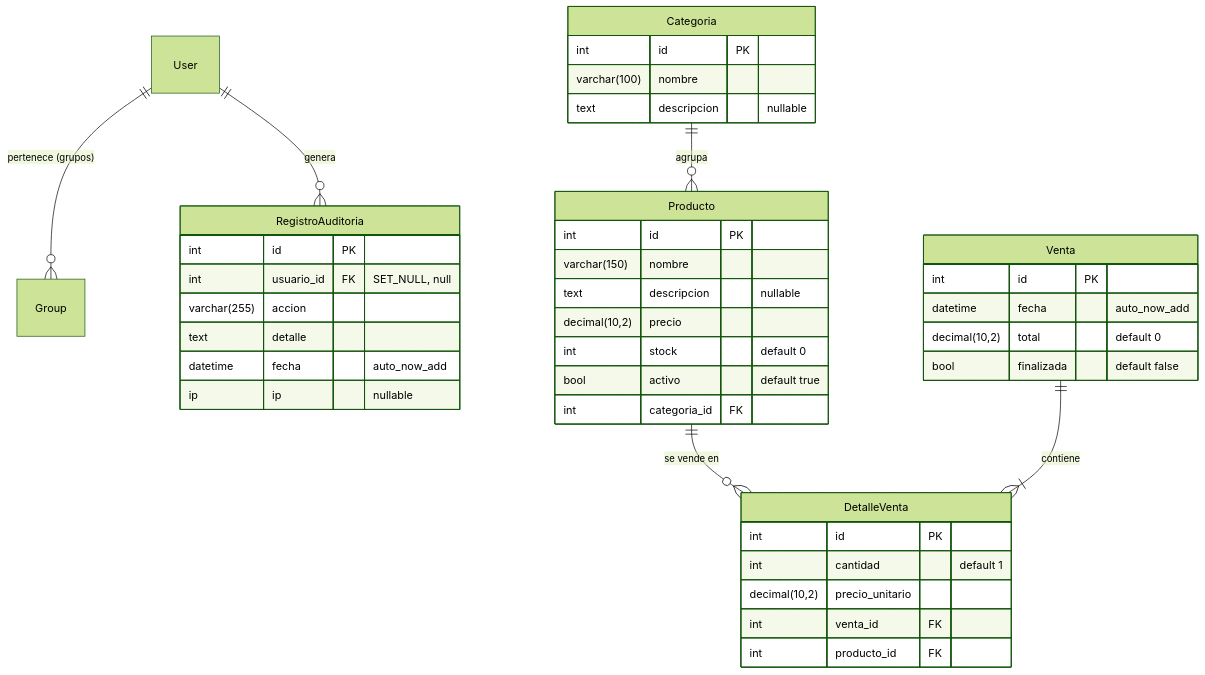
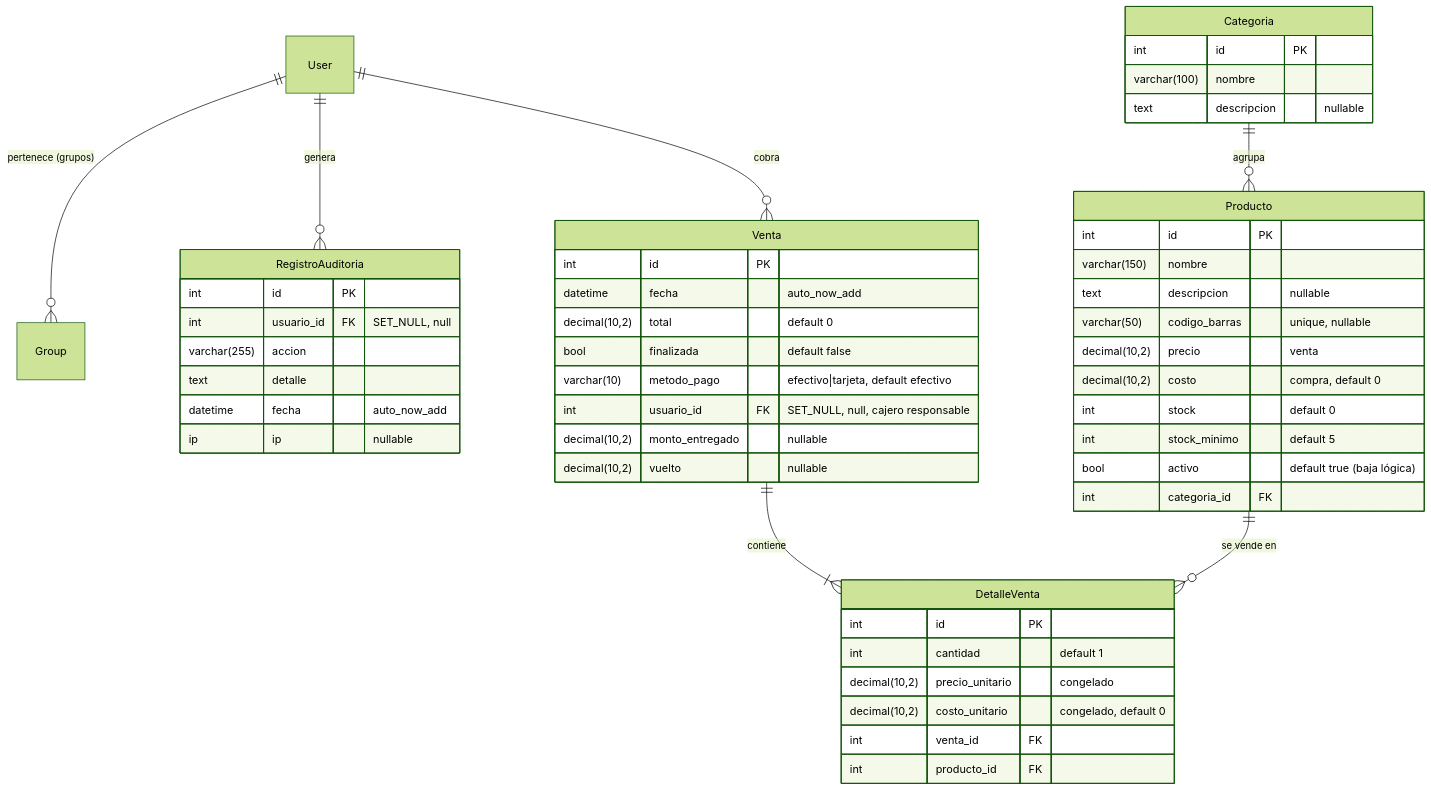
One commit to lucascapocasa1/TP---Metodologias-Agiles---Grupo-2 changed the second of 4 diagrams in docs/ARD.md. Above: the diagram before and after it, drawn with Mermaid (forest theme). The commit also changed other lines of this file and 17 other files, not shown here.

````diff
--- a/docs/ARD.md
+++ b/docs/ARD.md
@@ -118,45 +134,54 @@
 ```mermaid
 erDiagram
     User ||--o{ Group : "pertenece (grupos)"
     User ||--o{ RegistroAuditoria : "genera"
 
     Categoria ||--o{ Producto : "agrupa"
     Producto ||--o{ DetalleVenta : "se vende en"
     Venta ||--|{ DetalleVenta : "contiene"
+    User ||--o{ Venta : "cobra"
 
     Categoria {
         int id PK
         varchar(100) nombre
         text descripcion "nullable"
     }
     Producto {
         int id PK
         varchar(150) nombre
         text descripcion "nullable"
-        decimal(10,2) precio
+        varchar(50) codigo_barras "unique, nullable"
+        decimal(10,2) precio "venta"
+        decimal(10,2) costo "compra, default 0"
         int stock "default 0"
-        bool activo "default true"
+        int stock_minimo "default 5"
+        bool activo "default true (baja lógica)"
         int categoria_id FK
     }
     Venta {
         int id PK
         datetime fecha "auto_now_add"
         decimal(10,2) total "default 0"
         bool finalizada "default false"
+        varchar(10) metodo_pago "efectivo|tarjeta, default efectivo"
+        int usuario_id FK "SET_NULL, null, cajero responsable"
+        decimal(10,2) monto_entregado "nullable"
+        decimal(10,2) vuelto "nullable"
     }
     DetalleVenta {
         int id PK
         int cantidad "default 1"
-        decimal(10,2) precio_unitario
+        decimal(10,2) precio_unitario "congelado"
+        decimal(10,2) costo_unitario "congelado, default 0"
         int venta_id FK
         int producto_id FK
     }
     RegistroAuditoria {
         int id PK
         int usuario_id FK "SET_NULL, null"
         varchar(255) accion
         text detalle
         datetime fecha "auto_now_add"
         ip ip "nullable"
     }
 ```
````
